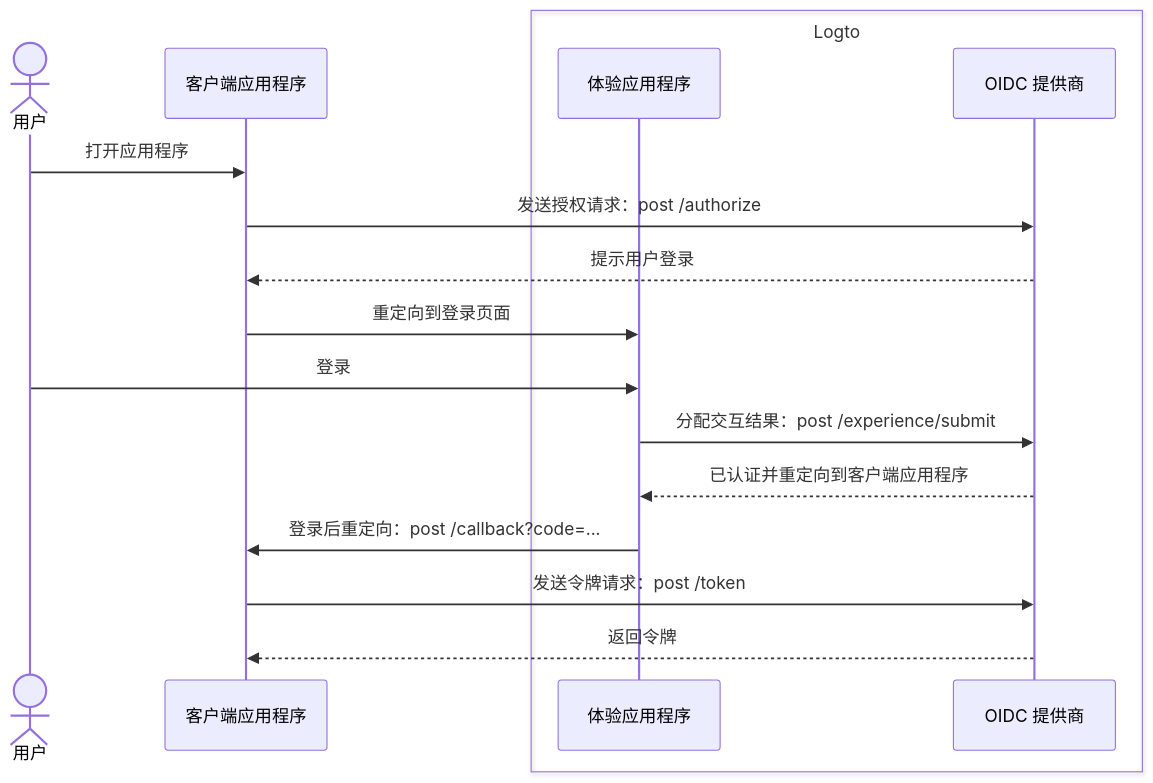
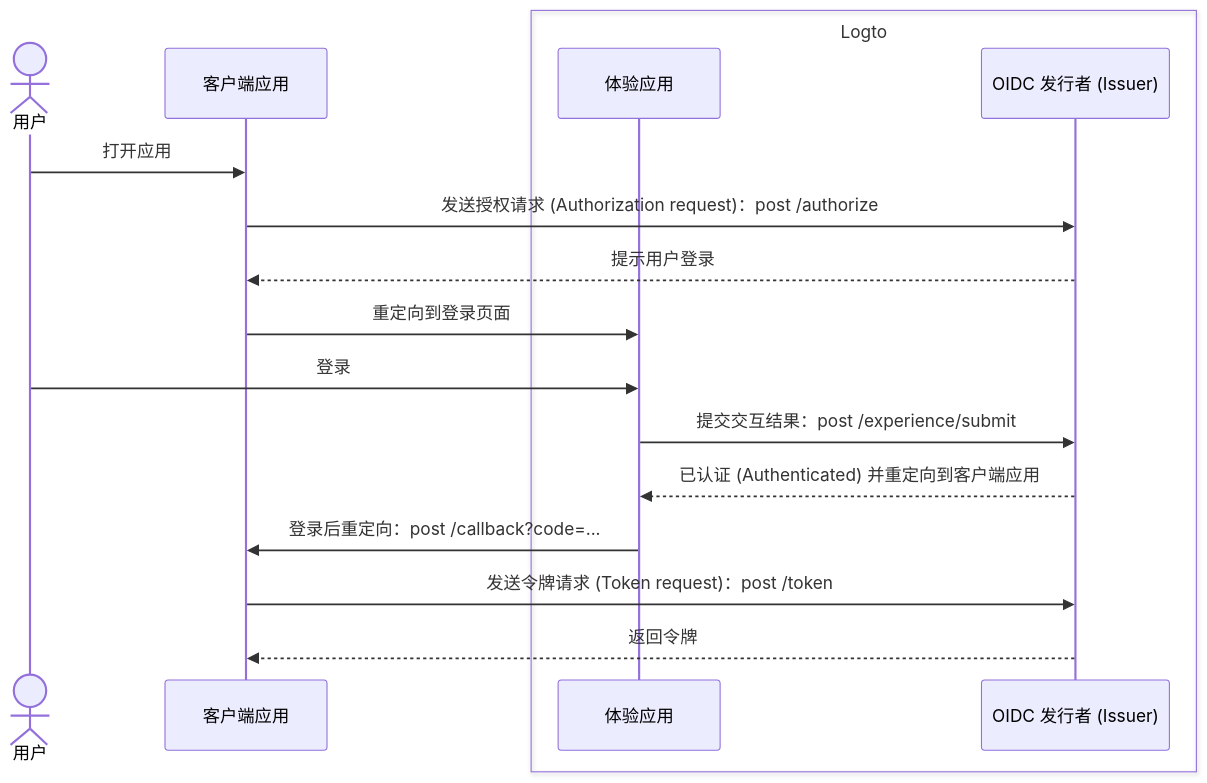
The first of 2 diagrams in i18n/zh-CN/docusaurus-plugin-content-docs/current/end-user-flows/sign-up-and-sign-in/README.mdx (logto-io/docs), drawn with Mermaid before and after one commit. The commit also changed other lines of this file and 53 other files, not shown here.

````diff
--- a/i18n/zh-CN/docusaurus-plugin-content-docs/current/end-user-flows/sign-up-and-sign-in/README.mdx
+++ b/i18n/zh-CN/docusaurus-plugin-content-docs/current/end-user-flows/sign-up-and-sign-in/README.mdx
@@ -15,21 +15,21 @@
 ```mermaid
 sequenceDiagram
   actor user as 用户
-  participant client as 客户端应用程序
+  participant client as 客户端应用
 
   box Logto
-    participant experience as 体验应用程序
-    participant oidc as OIDC 提供商
+    participant experience as 体验应用
+    participant oidc as OIDC 发行者 (Issuer)
   end
 
-  user ->> client: 打开应用程序
-  client ->> oidc: 发送授权请求：post /authorize
+  user ->> client: 打开应用
+  client ->> oidc: 发送授权请求 (Authorization request)：post /authorize
   oidc -->> client: 提示用户登录
   client ->> experience: 重定向到登录页面
   user ->> experience: 登录
-  experience ->> oidc: 分配交互结果：post /experience/submit
-  oidc -->> experience: 已认证并重定向到客户端应用程序
+  experience ->> oidc: 提交交互结果：post /experience/submit
+  oidc -->> experience: 已认证 (Authenticated) 并重定向到客户端应用
   experience ->> client: 登录后重定向：post /callback?code=...
-  client ->> oidc: 发送令牌请求：post /token
+  client ->> oidc: 发送令牌请求 (Token request)：post /token
   oidc -->> client: 返回令牌
 ```
````
